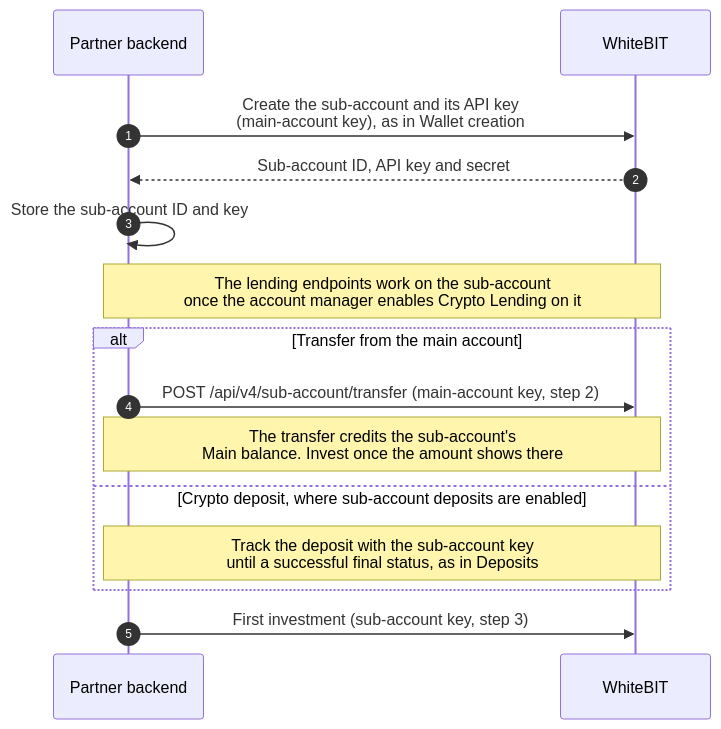
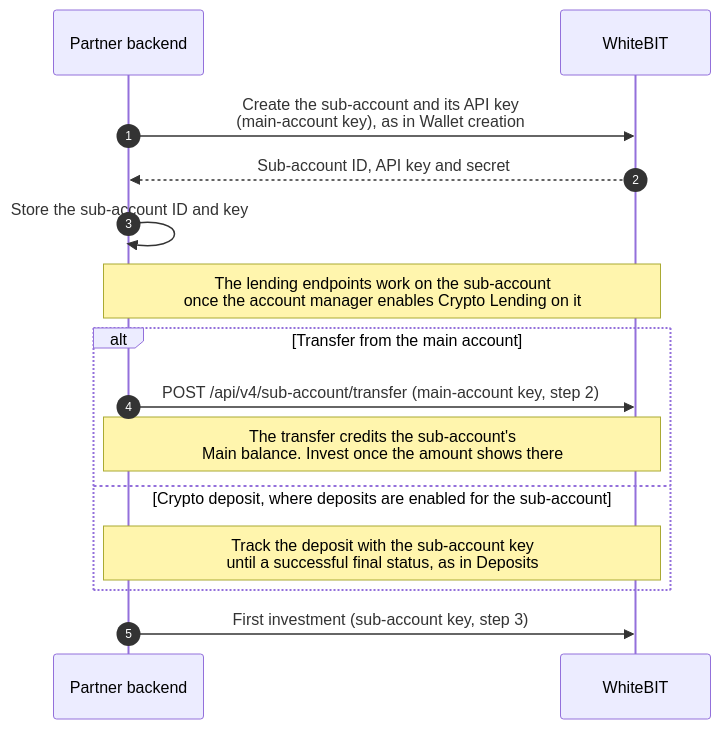
One commit to whitebit-exchange/docs changed the first of 6 diagrams in guides/yaas-integration.mdx. Above: the diagram before and after it, drawn with Mermaid. The commit also changed other lines of this file and 15 other files, not shown here.

````diff
--- a/guides/yaas-integration.mdx
+++ b/guides/yaas-integration.mdx
@@ -58,18 +58,18 @@
 ```mermaid
 sequenceDiagram
     autonumber
     participant P as Partner backend
     participant W as WhiteBIT
 
     P->>W: Create the sub-account and its API key<br/>(main-account key), as in Wallet creation
     W-->>P: Sub-account ID, API key and secret
     P->>P: Store the sub-account ID and key
     Note over P,W: The lending endpoints work on the sub-account<br/>once the account manager enables Crypto Lending on it
     alt Transfer from the main account
         P->>W: POST /api/v4/sub-account/transfer (main-account key, step 2)
         Note over P,W: The transfer credits the sub-account's<br/>Main balance. Invest once the amount shows there
-    else Crypto deposit, where sub-account deposits are enabled
+    else Crypto deposit, where deposits are enabled for the sub-account
         Note over P,W: Track the deposit with the sub-account key<br/>until a successful final status, as in Deposits
     end
     P->>W: First investment (sub-account key, step 3)
 ```
````
